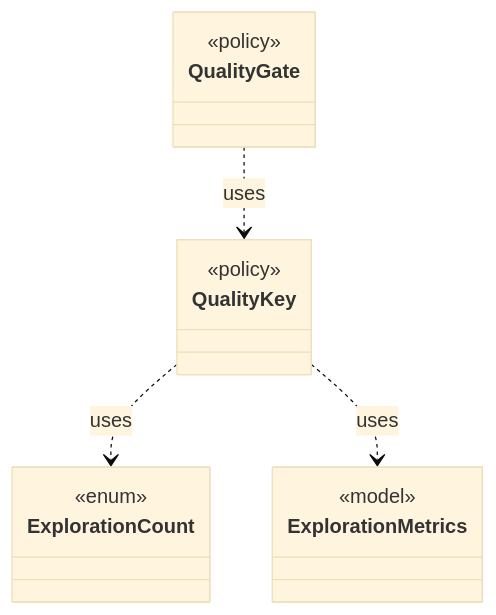
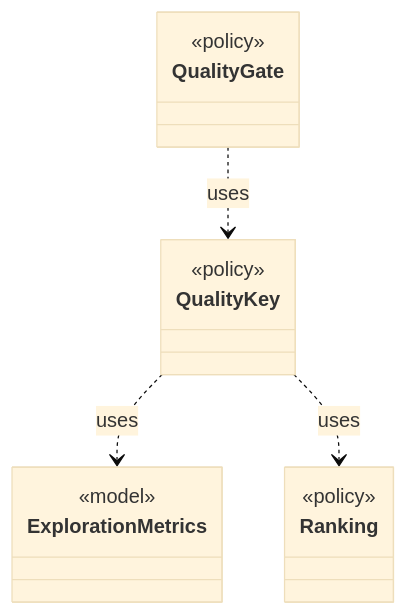
The diagram in dev/types/io.github.tlaplus.hardening.workflow.quality.QualityKey.md (tlaplus/model-checker-hardening), drawn with Mermaid (base theme) before and after one commit. The commit also changed other lines of this file and 405 other files, not shown here.

````diff
--- a/dev/types/io.github.tlaplus.hardening.workflow.quality.QualityKey.md
+++ b/dev/types/io.github.tlaplus.hardening.workflow.quality.QualityKey.md
@@ -9,18 +9,18 @@
 ```mermaid
 classDiagram
   class QualityKey {
     <<policy>>
   }
-  class ExplorationCount {
-    <<enum>>
-  }
   class ExplorationMetrics {
     <<model>>
+  }
+  class Ranking {
+    <<policy>>
   }
   class QualityGate {
     <<policy>>
   }
-  QualityKey ..> ExplorationCount : uses
   QualityKey ..> ExplorationMetrics : uses
+  QualityKey ..> Ranking : uses
   QualityGate ..> QualityKey : uses
 ```
````
